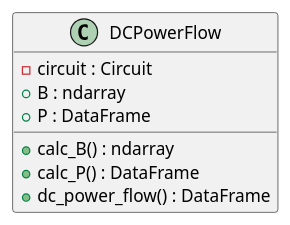
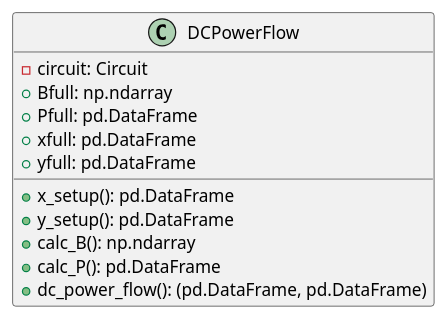
Before and after one commit to JLipnerPitt/ECE2774-ADV-POWER-SYSTEMS-ANALYSIS: diagram 15 of 19 in project2.plantuml, drawn with PlantUML. The commit also changed other lines of this file and 1 other file, not shown here.

Commit message:
Updated plantuml diagrams

```diff
--- a/project2.plantuml
+++ b/project2.plantuml
@@ -272,11 +294,15 @@
 @startuml DCPowerFlow
 class DCPowerFlow {
-    - circuit : Circuit
-    + B : ndarray
-    + P : DataFrame
+    - circuit: Circuit
+    + Bfull: np.ndarray
+    + Pfull: pd.DataFrame
+    + xfull: pd.DataFrame
+    + yfull: pd.DataFrame
 
-    + calc_B() : ndarray
-    + calc_P() : DataFrame
-    + dc_power_flow() : DataFrame
+    + x_setup(): pd.DataFrame
+    + y_setup(): pd.DataFrame
+    + calc_B(): np.ndarray
+    + calc_P(): pd.DataFrame
+    + dc_power_flow(): (pd.DataFrame, pd.DataFrame)
 }
 @enduml
```
